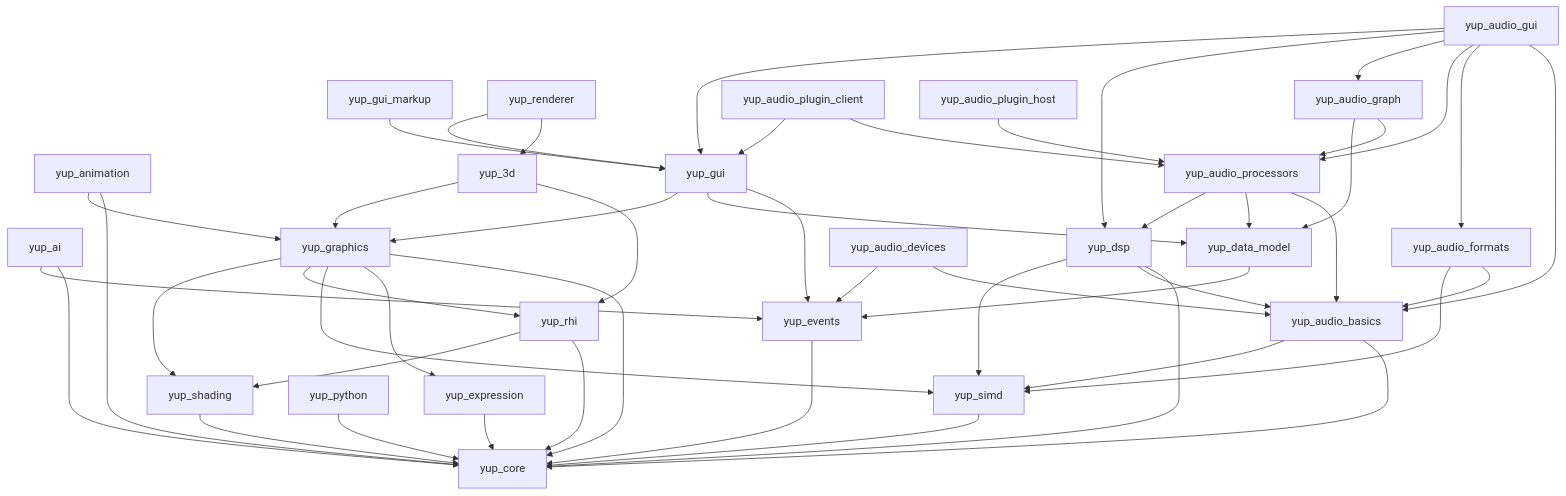
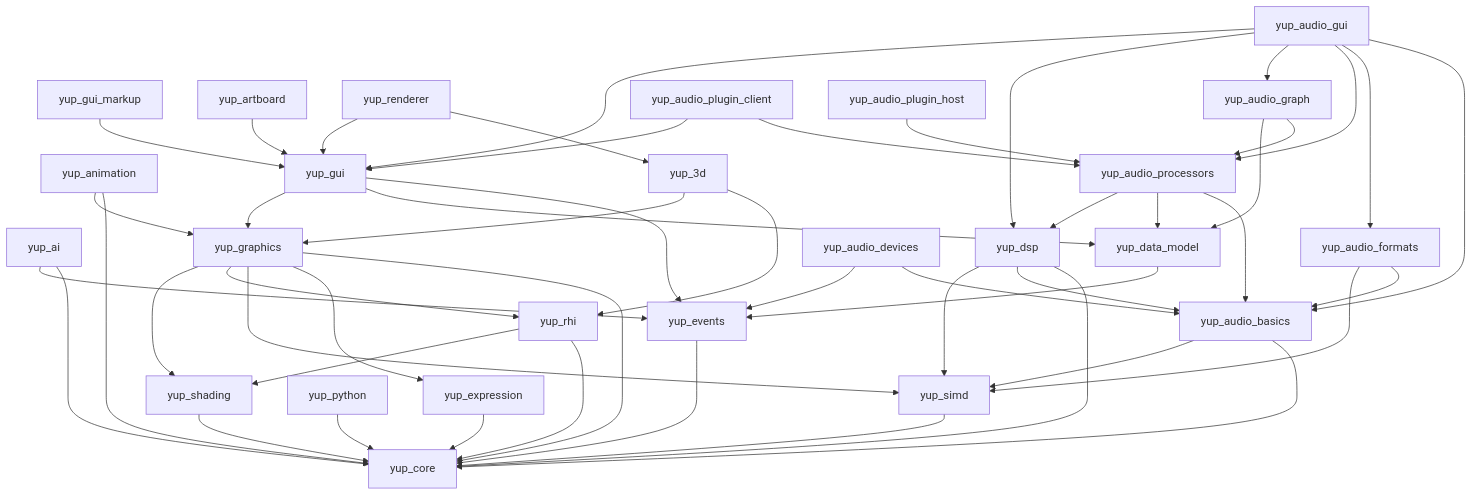
One commit to kunitoki/yup changed diagram 27 of 27 in docs/modules.md. Above: the diagram before and after it, drawn with Mermaid. The commit also changed other lines of this file and 30 other files, not shown here.

Commit message:
New yup_artboard module

````diff
--- a/docs/modules.md
+++ b/docs/modules.md
@@ -513,67 +528,69 @@
 ```mermaid
 flowchart TD
     simd[yup_simd] --> core[yup_core]
     events[yup_events] --> core
     expression[yup_expression] --> core
     shading[yup_shading] --> core
     rhi[yup_rhi] --> core
     rhi --> shading
     python[yup_python] --> core
     ai[yup_ai] --> core
     ai --> events
 
     graphics[yup_graphics] --> core
     graphics --> expression
     graphics --> simd
     graphics --> rhi
     graphics --> shading
 
     animation[yup_animation] --> core
     animation --> graphics
 
     data[yup_data_model] --> events
 
     gui[yup_gui] --> events
     gui --> data
     gui --> graphics
 
     markup[yup_gui_markup] --> gui
+
+    artboard[yup_artboard] --> gui
 
     three[yup_3d] --> rhi
     three --> graphics
 
     renderer[yup_renderer] --> three
     renderer --> gui
 
     ab[yup_audio_basics] --> core
     ab --> simd
 
     dsp[yup_dsp] --> core
     dsp --> ab
     dsp --> simd
 
     afmt[yup_audio_formats] --> ab
     afmt --> simd
 
     adev[yup_audio_devices] --> ab
     adev --> events
 
     aproc[yup_audio_processors] --> ab
     aproc --> data
     aproc --> dsp
 
     agraph[yup_audio_graph] --> aproc
     agraph --> data
 
     aclient[yup_audio_plugin_client] --> aproc
     aclient --> gui
 
     ahost[yup_audio_plugin_host] --> aproc
 
     agui[yup_audio_gui] --> ab
     agui --> afmt
     agui --> aproc
     agui --> agraph
     agui --> dsp
     agui --> gui
 ```
````
